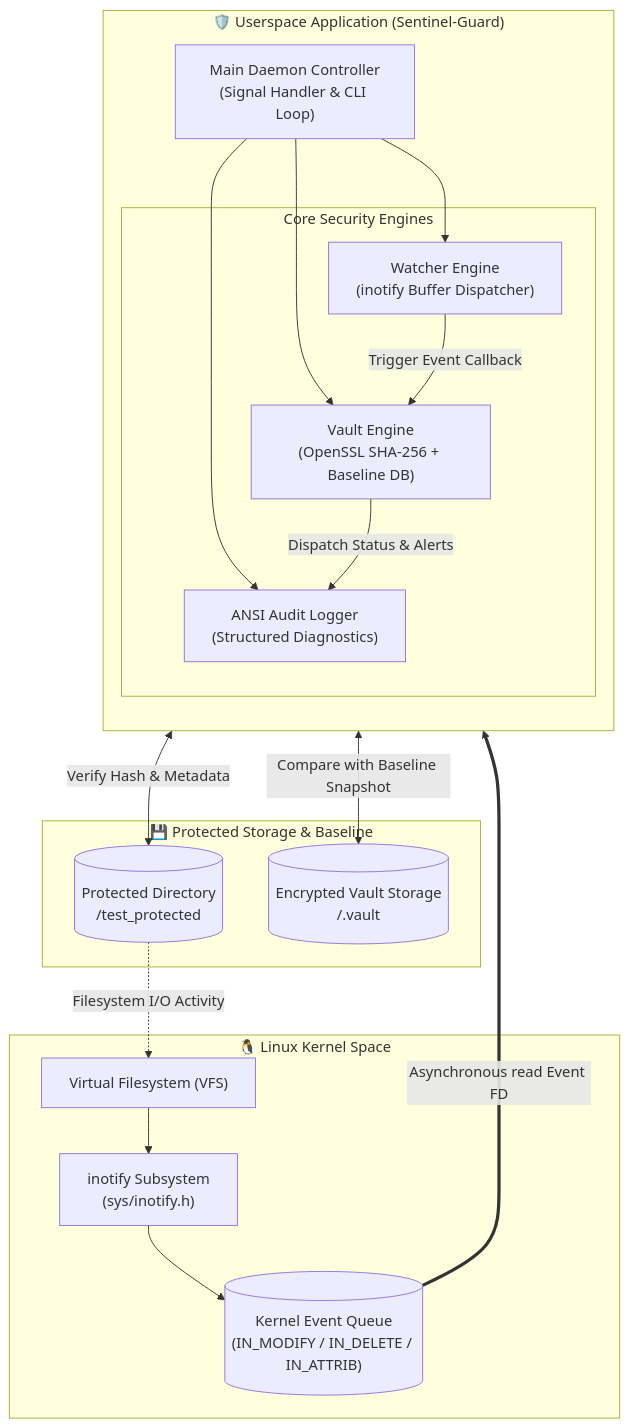
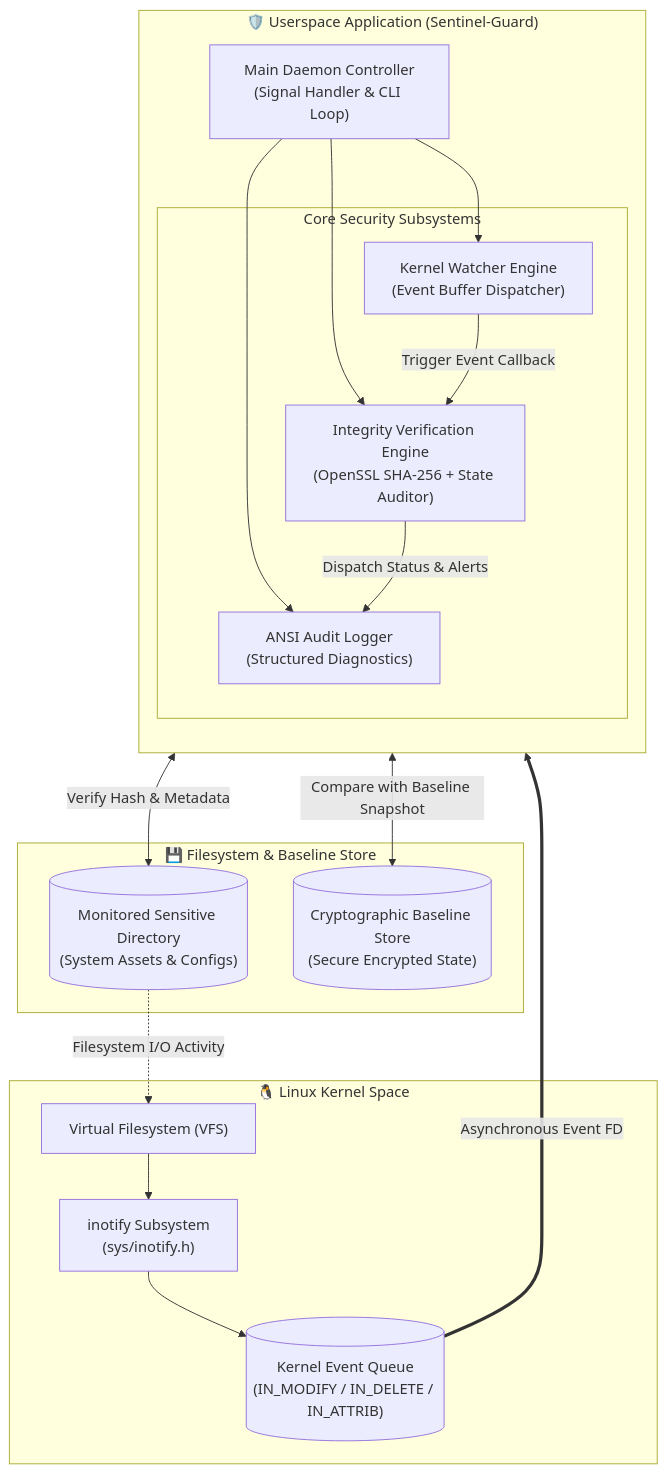
The first of 2 diagrams in README.md (Atulkumar5772/Sentinel-Guard), drawn with Mermaid before and after one commit. The commit also changed other lines of this file, not shown here.

````diff
--- a/README.md
+++ b/README.md
@@ -49,38 +49,38 @@
 ```mermaid
 flowchart TD
     subgraph Userspace ["🛡️ Userspace Application (Sentinel-Guard)"]
         direction TB
         Main["Main Daemon Controller\n(Signal Handler & CLI Loop)"]
         
-        subgraph CoreEngine ["Core Security Engines"]
-            Watcher["Watcher Engine\n(inotify Buffer Dispatcher)"]
-            Vault["Vault Engine\n(OpenSSL SHA-256 + Baseline DB)"]
+        subgraph CoreEngine ["Core Security Subsystems"]
+            Watcher["Kernel Watcher Engine\n(Event Buffer Dispatcher)"]
+            Verifier["Integrity Verification Engine\n(OpenSSL SHA-256 + State Auditor)"]
             Logger["ANSI Audit Logger\n(Structured Diagnostics)"]
         end
 
         Main --> Watcher
-        Main --> Vault
+        Main --> Verifier
         Main --> Logger
     end
 
     subgraph Kernel ["🐧 Linux Kernel Space"]
         VFS["Virtual Filesystem (VFS)"]
         InotifySubsys["inotify Subsystem\n(sys/inotify.h)"]
         EventQueue[("Kernel Event Queue\n(IN_MODIFY / IN_DELETE / IN_ATTRIB)")]
         
         VFS --> InotifySubsys
         InotifySubsys --> EventQueue
     end
 
-    subgraph Storage ["💾 Protected Storage & Baseline"]
-        TargetDir[("Protected Directory\n/test_protected")]
-        VaultStore[("Encrypted Vault Storage\n/.vault")]
+    subgraph Storage ["💾 Filesystem & Baseline Store"]
+        TargetDir[("Monitored Sensitive Directory\n(System Assets & Configs)")]
+        BaselineStore[("Cryptographic Baseline Store\n(Secure Encrypted State)")]
     end
 
     TargetDir -.->|Filesystem I/O Activity| VFS
-    EventQueue ==>|Asynchronous read Event FD| Watcher
-    Watcher -->|Trigger Event Callback| Vault
-    Vault <-->|Verify Hash & Metadata| TargetDir
-    Vault <-->|Compare with Baseline Snapshot| VaultStore
-    Vault -->|Dispatch Status & Alerts| Logger
+    EventQueue ==>|Asynchronous Event FD| Watcher
+    Watcher -->|Trigger Event Callback| Verifier
+    Verifier <-->|Verify Hash & Metadata| TargetDir
+    Verifier <-->|Compare with Baseline Snapshot| BaselineStore
+    Verifier -->|Dispatch Status & Alerts| Logger
 ```
````
